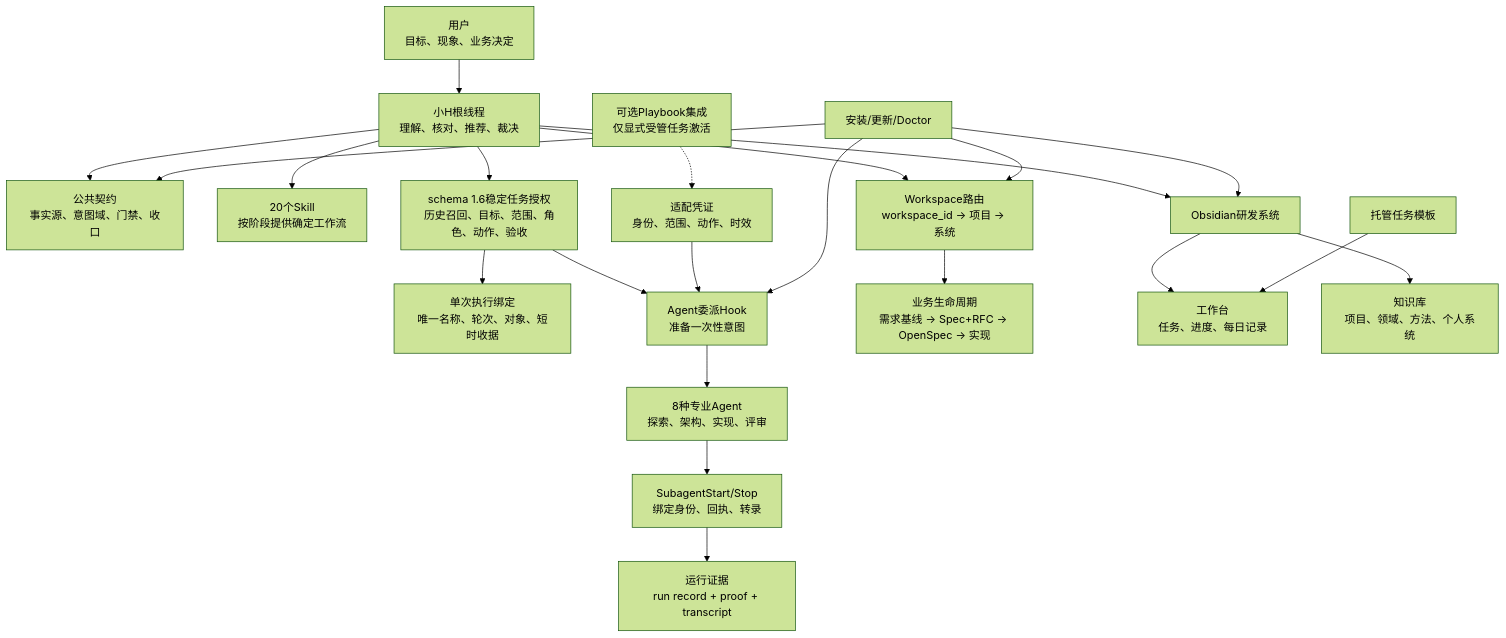
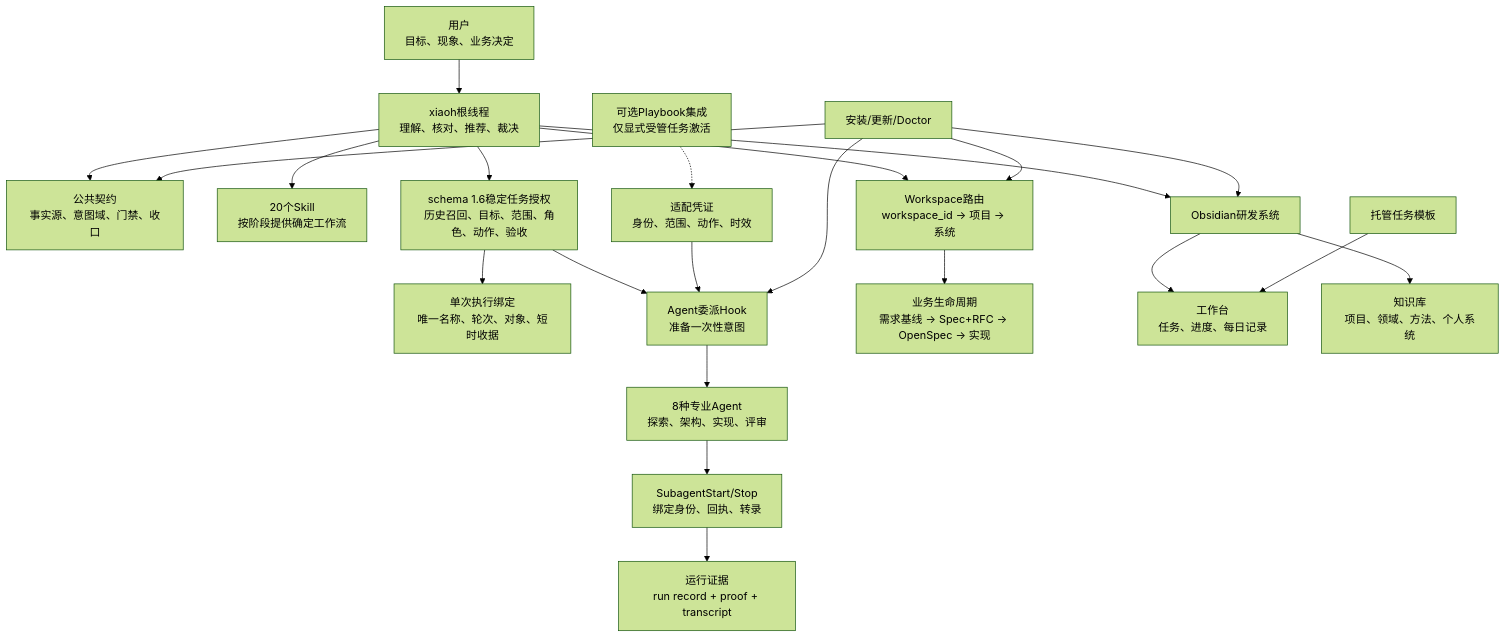
One commit to winnnnnnk/littleH changed the first of 4 diagrams in docs/implementation-design.md. Above: the diagram before and after it, drawn with Mermaid (forest theme). The commit also changed other lines of this file and 56 other files, not shown here.

````diff
--- a/docs/implementation-design.md
+++ b/docs/implementation-design.md
@@ -60,29 +60,29 @@
 ```mermaid
 flowchart TB
-    U["用户<br/>目标、现象、业务决定"] --> R["小H根线程<br/>理解、核对、推荐、裁决"]
+    U["用户<br/>目标、现象、业务决定"] --> R["xiaoh根线程<br/>理解、核对、推荐、裁决"]
 
     R --> C["公共契约<br/>事实源、意图域、门禁、收口"]
     R --> S["20个Skill<br/>按阶段提供确定工作流"]
     R --> T["schema 1.6稳定任务授权<br/>历史召回、目标、范围、角色、动作、验收"]
     T --> B["单次执行绑定<br/>唯一名称、轮次、对象、短时收据"]
 
     T --> H1["Agent委派Hook<br/>准备一次性意图"]
     PB["可选Playbook集成<br/>仅显式受管任务激活"] -.-> PA["适配凭证<br/>身份、范围、动作、时效"]
     PA --> H1
     H1 --> A["8种专业Agent<br/>探索、架构、实现、评审"]
     A --> H2["SubagentStart/Stop<br/>绑定身份、回执、转录"]
     H2 --> E["运行证据<br/>run record + proof + transcript"]
 
     R --> W["Workspace路由<br/>workspace_id → 项目 → 系统"]
     W --> P["业务生命周期<br/>需求基线 → Spec+RFC → OpenSpec → 实现"]
 
     R --> O["Obsidian研发系统"]
     O --> O1["工作台<br/>任务、进度、每日记录"]
     O --> O2["知识库<br/>项目、领域、方法、个人系统"]
 
     I["安装/更新/Doctor"] --> C
     I --> H1
     I --> W
     I --> O
     M["托管任务模板"] --> O1
 ```
````
